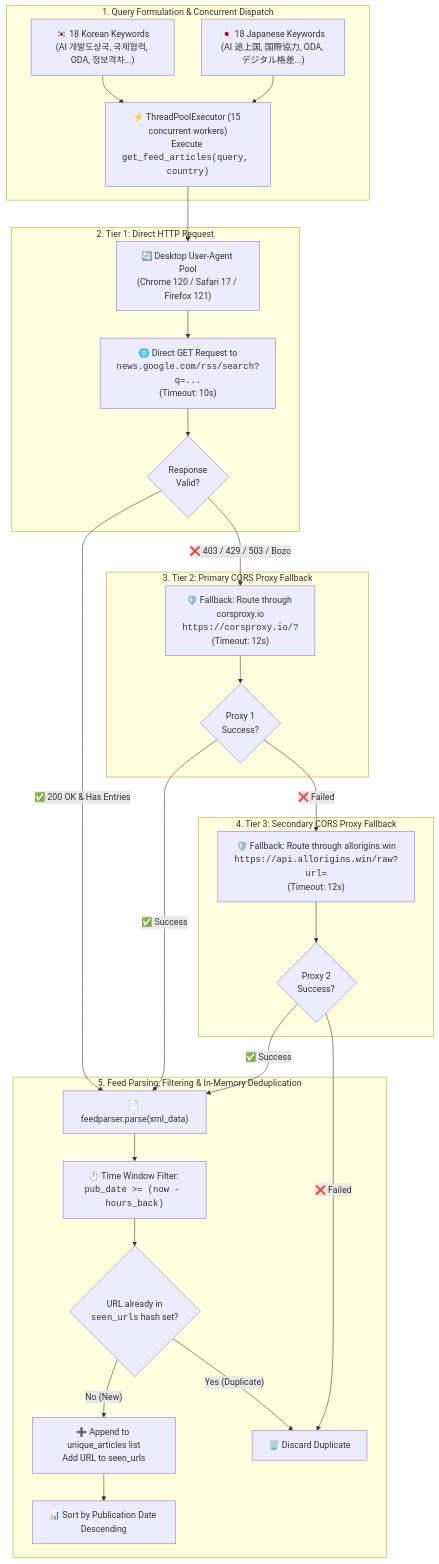
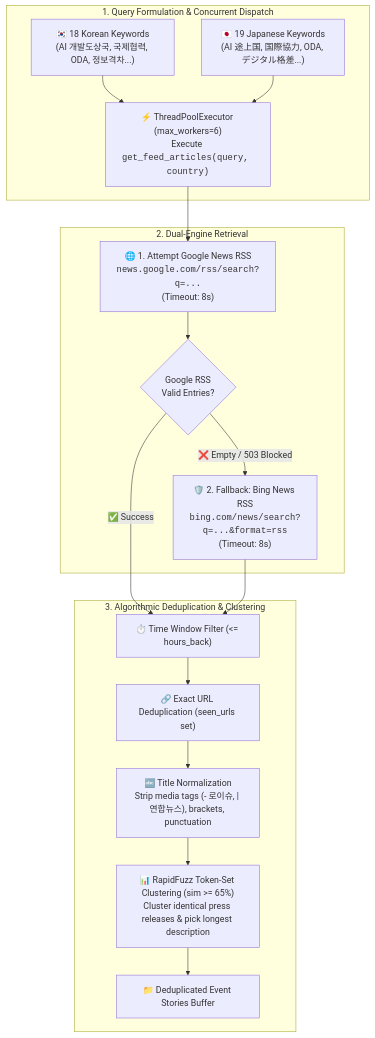
Before and after one commit to henryhyunwookim/AI-news-aggregator-KRJP: the third of 3 diagrams in README.md, drawn with Mermaid. The commit also changed other lines of this file and 8 other files, not shown here.

First line of the commit message:
feat: add algorithmic clustering deduplication, article enrichment, and unit tests

````diff
--- a/README.md
+++ b/README.md
@@ -178,55 +162,33 @@
 ```mermaid
 flowchart TD
     %% Query Generation
     subgraph QueryDispatch ["1. Query Formulation & Concurrent Dispatch"]
         K_LIST["🇰🇷 18 Korean Keywords<br/>(AI 개발도상국, 국제협력, ODA, 정보격차...)"]
-        J_LIST["🇯🇵 18 Japanese Keywords<br/>(AI 途上国, 国際協力, ODA, デジタル格差...)"]
-        DISPATCH["⚡ ThreadPoolExecutor (15 concurrent workers)<br/>Execute <code>get_feed_articles(query, country)</code>"]
+        J_LIST["🇯🇵 19 Japanese Keywords<br/>(AI 途上国, 国際協力, ODA, デジタル格差...)"]
+        DISPATCH["⚡ ThreadPoolExecutor (max_workers=6)<br/>Execute <code>get_feed_articles(query, country)</code>"]
     end
 
-    %% Tier 1 Direct
-    subgraph Tier1 ["2. Tier 1: Direct HTTP Request"]
-        UA_ROTATE["🔄 Desktop User-Agent Pool<br/>(Chrome 120 / Safari 17 / Firefox 121)"]
-        REQ_DIRECT["🌐 Direct GET Request to<br/><code>news.google.com/rss/search?q=...</code><br/>(Timeout: 10s)"]
-        CHECK_T1{"Response<br/>Valid?"}
+    %% Dual Engine Fetching
+    subgraph DualEngineFetch ["2. Dual-Engine Retrieval"]
+        GN_TRY["🌐 1. Attempt Google News RSS<br/><code>news.google.com/rss/search?q=...</code><br/>(Timeout: 8s)"]
+        GN_CHECK{"Google RSS<br/>Valid Entries?"}
+        BING_FALLBACK["🛡️ 2. Fallback: Bing News RSS<br/><code>bing.com/news/search?q=...&format=rss</code><br/>(Timeout: 8s)"]
     end
 
-    %% Tier 2 Primary Proxy
-    subgraph Tier2 ["3. Tier 2: Primary CORS Proxy Fallback"]
-        REQ_PROXY1["🛡️ Fallback: Route through corsproxy.io<br/><code>https://corsproxy.io/?<encoded_url></code><br/>(Timeout: 12s)"]
-        CHECK_T2{"Proxy 1<br/>Success?"}
+    %% Pre-Processing & Deduplication
+    subgraph DedupPipeline ["3. Algorithmic Deduplication & Clustering"]
+        TIME_FILTER["⏱️ Time Window Filter (<= hours_back)"]
+        URL_DEDUP["🔗 Exact URL Deduplication (seen_urls set)"]
+        NORM_TITLE["🔤 Title Normalization<br/>Strip media tags (- 로이슈, | 연합뉴스), brackets, punctuation"]
+        CLUSTER["📊 RapidFuzz Token-Set Clustering (sim >= 65%)<br/>Cluster identical press releases & pick longest description"]
+        OUTPUT_BUFFER["📁 Deduplicated Event Stories Buffer"]
     end
 
-    %% Tier 3 Secondary Proxy
-    subgraph Tier3 ["4. Tier 3: Secondary CORS Proxy Fallback"]
-        REQ_PROXY2["🛡️ Fallback: Route through allorigins.win<br/><code>https://api.allorigins.win/raw?url=<encoded_url></code><br/>(Timeout: 12s)"]
-        CHECK_T3{"Proxy 2<br/>Success?"}
-    end
-
-    %% Feed Parser & Deduplication
-    subgraph IngestionOutput ["5. Feed Parsing, Filtering & In-Memory Deduplication"]
-        FEED_PARSER["📄 feedparser.parse(xml_data)"]
-        TIME_FILTER["⏱️ Time Window Filter: <code>pub_date >= (now - hours_back)</code>"]
-        SEEN_CHECK{"URL already in<br/><code>seen_urls</code> hash set?"}
-        ADD_UNIQUE["➕ Append to unique_articles list<br/>Add URL to seen_urls"]
-        DISCARD["🗑️ Discard Duplicate"]
-        SORT_BUFF["📊 Sort by Publication Date Descending"]
-    end
-
-    %% Flow Connections
+    %% Connections
     K_LIST & J_LIST --> DISPATCH
-    DISPATCH --> UA_ROTATE --> REQ_DIRECT --> CHECK_T1
+    DISPATCH --> GN_TRY --> GN_CHECK
+    GN_CHECK -- "✅ Success" --> TIME_FILTER
+    GN_CHECK -- "❌ Empty / 503 Blocked" --> BING_FALLBACK --> TIME_FILTER
     
-    CHECK_T1 -- "✅ 200 OK & Has Entries" --> FEED_PARSER
-    CHECK_T1 -- "❌ 403 / 429 / 503 / Bozo" --> REQ_PROXY1 --> CHECK_T2
-    
-    CHECK_T2 -- "✅ Success" --> FEED_PARSER
-    CHECK_T2 -- "❌ Failed" --> REQ_PROXY2 --> CHECK_T3
-    
-    CHECK_T3 -- "✅ Success" --> FEED_PARSER
-    CHECK_T3 -- "❌ Failed" --> DISCARD
-    
-    FEED_PARSER --> TIME_FILTER --> SEEN_CHECK
-    SEEN_CHECK -- "No (New)" --> ADD_UNIQUE --> SORT_BUFF
-    SEEN_CHECK -- "Yes (Duplicate)" --> DISCARD
+    TIME_FILTER --> URL_DEDUP --> NORM_TITLE --> CLUSTER --> OUTPUT_BUFFER
 ```
````
